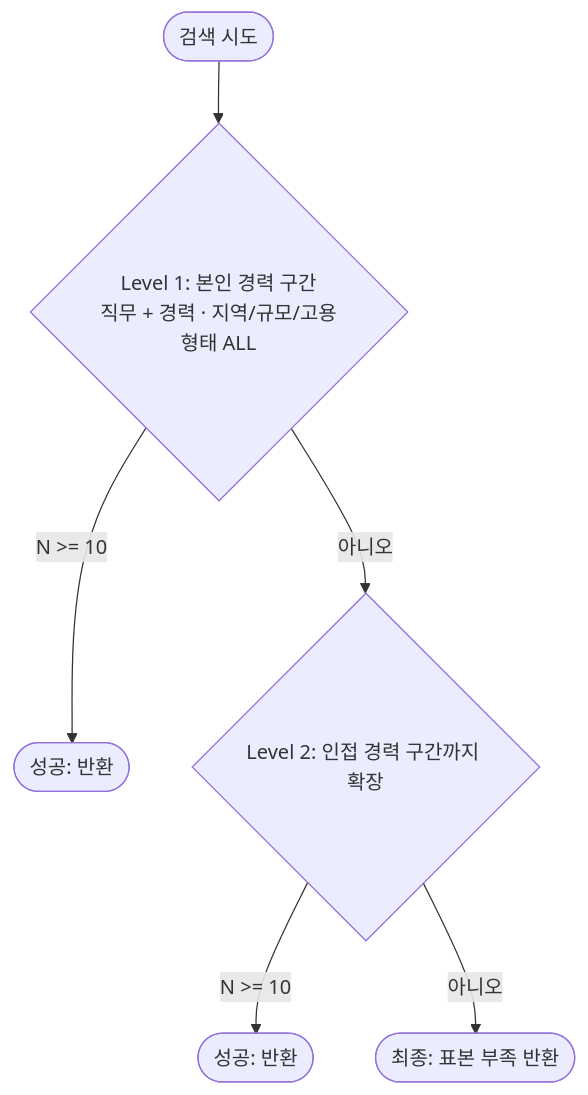
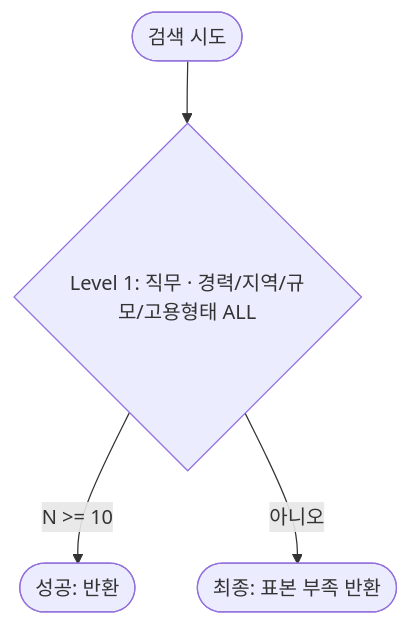
Before and after one commit to SeoHyeokGyu/Carix: the diagram in docs/specs/domain-logic.md, drawn with Mermaid. The commit also changed other lines of this file and 3 other files, not shown here.

````diff
--- a/docs/specs/domain-logic.md
+++ b/docs/specs/domain-logic.md
@@ -76,8 +79,6 @@
 ```mermaid
 flowchart TD
-    Start([검색 시도]) --> L1{Level 1: 본인 경력 구간<br>직무 + 경력 · 지역/규모/고용형태 ALL}
+    Start([검색 시도]) --> L1{Level 1: 직무 · 경력/지역/규모/고용형태 ALL}
     L1 -->|N >= 10| Success1([성공: 반환])
-    L1 -->|아니오| L2{Level 2: 인접 경력 구간까지 확장}
-    L2 -->|N >= 10| Success2([성공: 반환])
-    L2 -->|아니오| Fail([최종: 표본 부족 반환])
+    L1 -->|아니오| Fail([최종: 표본 부족 반환])
 ```
````
